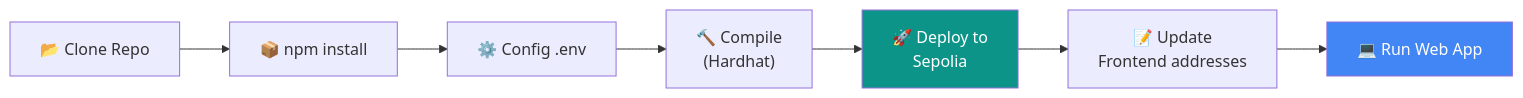
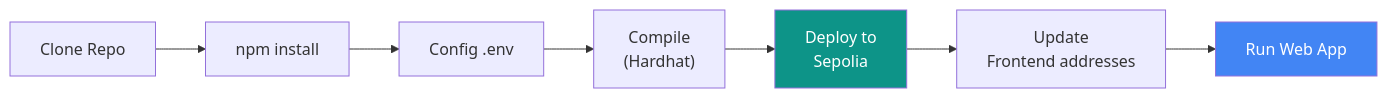
Before and after one commit to sohansarkar07/simple-dex-swap-liquidity-: the fourth of 8 diagrams in README.md, drawn with Mermaid. The commit also changed other lines of this file, not shown here.

````diff
--- a/README.md
+++ b/README.md
@@ -143,12 +143,12 @@
 ```mermaid
 graph LR
-    Clone["📂 Clone Repo"] --> Install["📦 npm install"]
-    Install --> Config["⚙️ Config .env"]
-    Config --> Compile["🔨 Compile\n(Hardhat)"]
-    Compile --> Deploy["🚀 Deploy to\nSepolia"]
-    Deploy --> Update["📝 Update\nFrontend addresses"]
-    Update --> Run["💻 Run Web App"]
+    Clone["Clone Repo"] --> Install["npm install"]
+    Install --> Config["Config .env"]
+    Config --> Compile["Compile\n(Hardhat)"]
+    Compile --> Deploy["Deploy to\nSepolia"]
+    Deploy --> Update["Update\nFrontend addresses"]
+    Update --> Run["Run Web App"]
     
     style Deploy fill:#0d9488,color:#fff
     style Run fill:#4285F4,color:#fff
 ```
````
